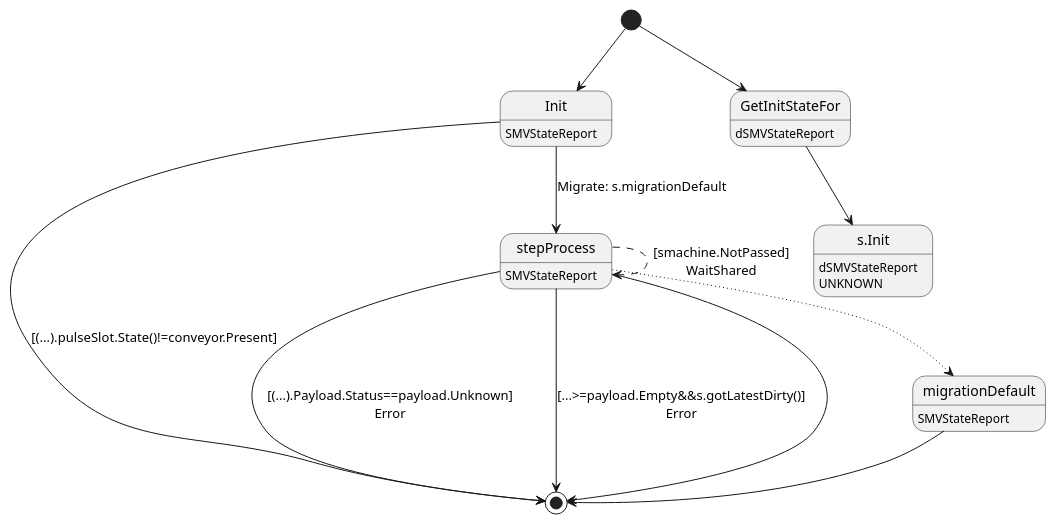
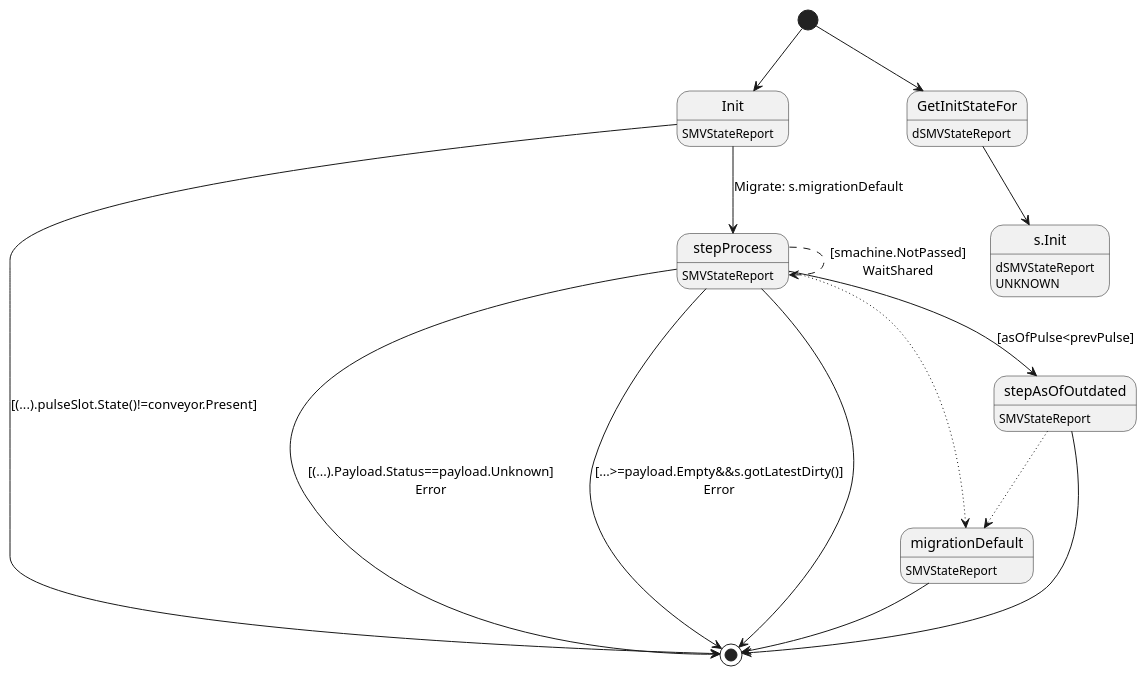
The diagram in ledger-core/virtual/handlers/vstatereport.plantuml (insolar/assured-ledger), drawn with PlantUML before and after one commit. The commit also changed 4 other files, not shown here.

First line of the commit message:
PLAT-728: Check asOf field in SMVStateReport  (#673)

```diff
--- a/ledger-core/virtual/handlers/vstatereport.plantuml
+++ b/ledger-core/virtual/handlers/vstatereport.plantuml
@@ -1,24 +1,29 @@
 @startuml
 state "Init" as T01_S001
 T01_S001 : SMVStateReport
 [*] --> T01_S001
 T01_S001 --> [*] : [(...).pulseSlot.State()!=conveyor.Present]
 T01_S001 --> T01_S003 : Migrate: s.migrationDefault
 state "migrationDefault" as T01_S002
 T01_S002 : SMVStateReport
 T01_S002 --> [*]
+state "stepAsOfOutdated" as T01_S004
+T01_S004 : SMVStateReport
+T01_S004 --[dotted]> T01_S002
+T01_S004 --> [*]
 state "stepProcess" as T01_S003
 T01_S003 : SMVStateReport
 T01_S003 --[dotted]> T01_S002
 T01_S003 --> [*] : [(...).Payload.Status==payload.Unknown]\nError
 T01_S003 --> [*] : [...>=payload.Empty&&s.gotLatestDirty()]\nError
+T01_S003 --> T01_S004 : [asOfPulse<prevPulse]
 T01_S003 --[dashed]> T01_S003 : [smachine.NotPassed]\nWaitShared
 T01_S003 --> [*]
 state "GetInitStateFor" as T00_S001
 T00_S001 : dSMVStateReport
 [*] --> T00_S001
 state "s.Init" as T00_U001
 T00_U001 : dSMVStateReport
 T00_U001 : UNKNOWN 
 T00_S001 --> T00_U001
 @enduml
```
